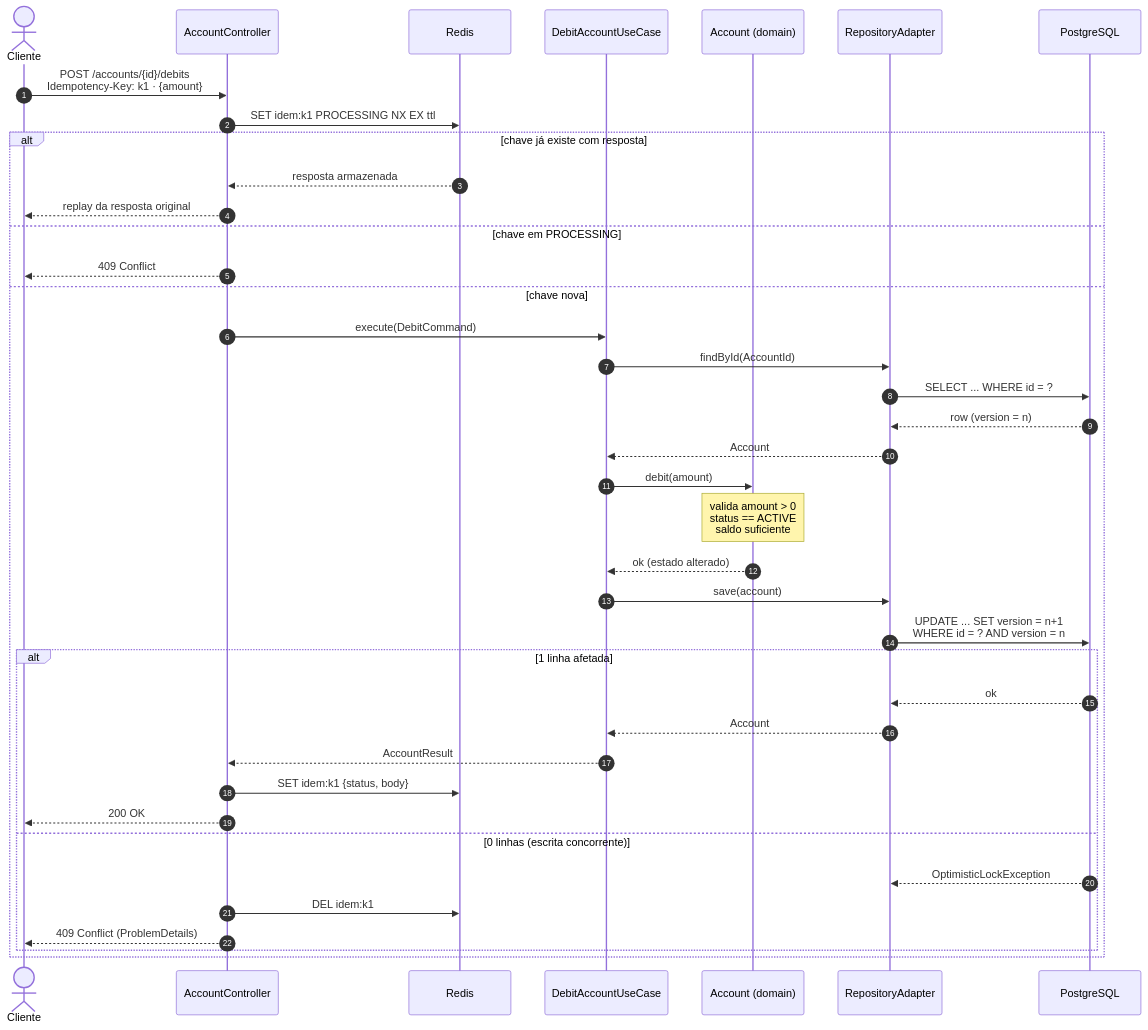
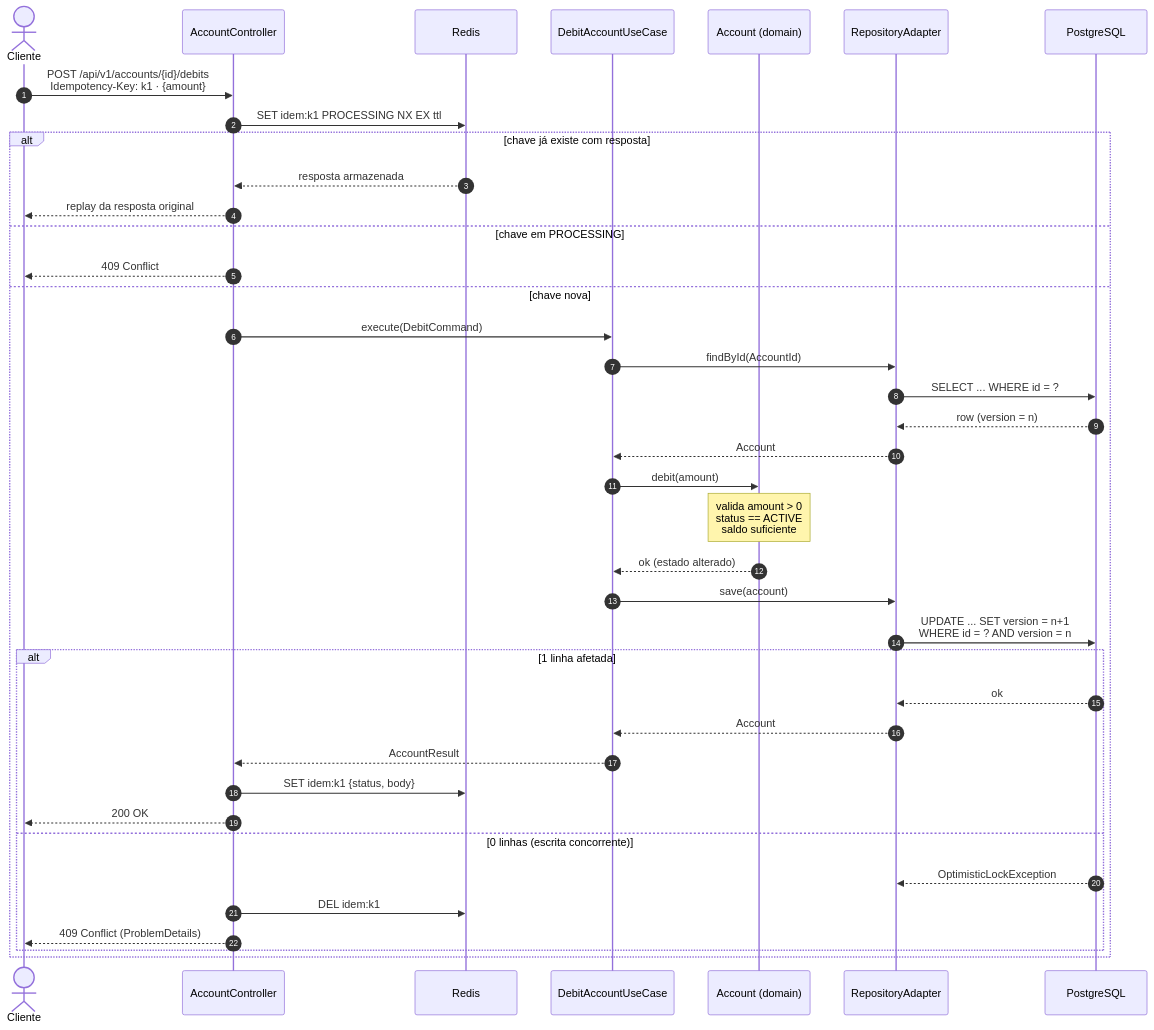
Before and after one commit to RafaelKorb/enterprise-crud-spring: the second of 4 diagrams in docs/architecture-flow.md, drawn with Mermaid. The commit also changed other lines of this file and 5 other files, not shown here.

````diff
--- a/docs/architecture-flow.md
+++ b/docs/architecture-flow.md
@@ -87,42 +88,42 @@
 ```mermaid
 sequenceDiagram
     autonumber
     actor C as Cliente
     participant RC as AccountController
     participant R as Redis
     participant UC as DebitAccountUseCase
     participant A as Account (domain)
     participant RA as RepositoryAdapter
     participant DB as PostgreSQL
 
-    C->>RC: POST /accounts/{id}/debits<br/>Idempotency-Key: k1 · {amount}
+    C->>RC: POST /api/v1/accounts/{id}/debits<br/>Idempotency-Key: k1 · {amount}
     RC->>R: SET idem:k1 PROCESSING NX EX ttl
     alt chave já existe com resposta
         R-->>RC: resposta armazenada
         RC-->>C: replay da resposta original
     else chave em PROCESSING
         RC-->>C: 409 Conflict
     else chave nova
         RC->>UC: execute(DebitCommand)
         UC->>RA: findById(AccountId)
         RA->>DB: SELECT ... WHERE id = ?
         DB-->>RA: row (version = n)
         RA-->>UC: Account
         UC->>A: debit(amount)
         Note over A: valida amount > 0<br/>status == ACTIVE<br/>saldo suficiente
         A-->>UC: ok (estado alterado)
         UC->>RA: save(account)
         RA->>DB: UPDATE ... SET version = n+1<br/>WHERE id = ? AND version = n
         alt 1 linha afetada
             DB-->>RA: ok
             RA-->>UC: Account
             UC-->>RC: AccountResult
             RC->>R: SET idem:k1 {status, body}
             RC-->>C: 200 OK
         else 0 linhas (escrita concorrente)
             DB-->>RA: OptimisticLockException
             RC->>R: DEL idem:k1
             RC-->>C: 409 Conflict (ProblemDetails)
         end
     end
 ```
````
